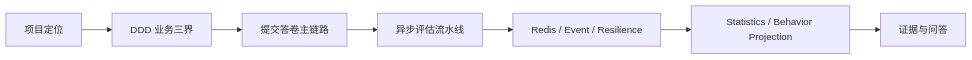
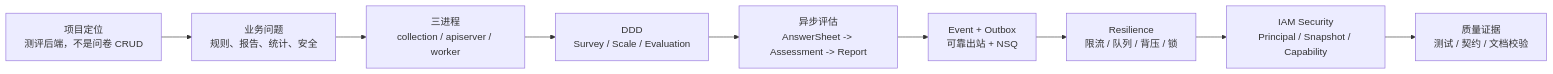
The first of 7 diagrams in docs/06-宣讲/09-30分钟技术分享脚本.md (FangcunMount/qs-server), drawn with Mermaid before and after one commit. The commit also changed other lines of this file and 21 other files, not shown here.

````diff
--- a/docs/06-宣讲/09-30分钟技术分享脚本.md
+++ b/docs/06-宣讲/09-30分钟技术分享脚本.md
@@ -18,9 +66,14 @@
 ```mermaid
 flowchart LR
-    intro["项目定位"] --> ddd["DDD 业务三界"]
-    ddd --> submit["提交答卷主链路"]
-    submit --> async["异步评估流水线"]
-    async --> infra["Redis / Event / Resilience"]
-    infra --> read["Statistics / Behavior Projection"]
-    read --> qa["证据与问答"]
+    A["项目定位<br/>测评后端，不是问卷 CRUD"]
+    B["业务问题<br/>规则、报告、统计、安全"]
+    C["三进程<br/>collection / apiserver / worker"]
+    D["DDD<br/>Survey / Scale / Evaluation"]
+    E["异步评估<br/>AnswerSheet -> Assessment -> Report"]
+    F["Event + Outbox<br/>可靠出站 + NSQ"]
+    G["Resilience<br/>限流 / 队列 / 背压 / 锁"]
+    H["IAM Security<br/>Principal / Snapshot / Capability"]
+    I["质量证据<br/>测试 / 契约 / 文档校验"]
+
+    A --> B --> C --> D --> E --> F --> G --> H --> I
 ```
````
